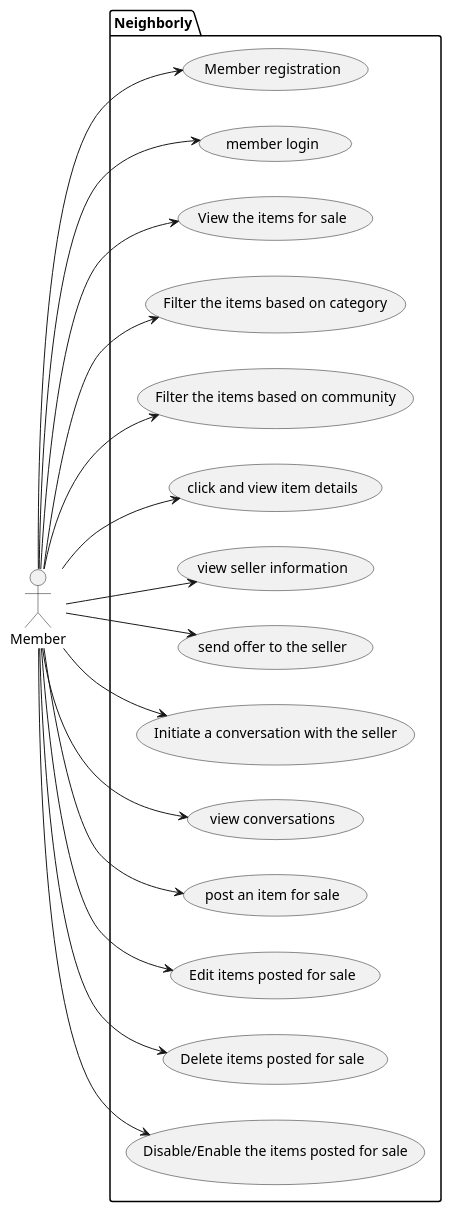
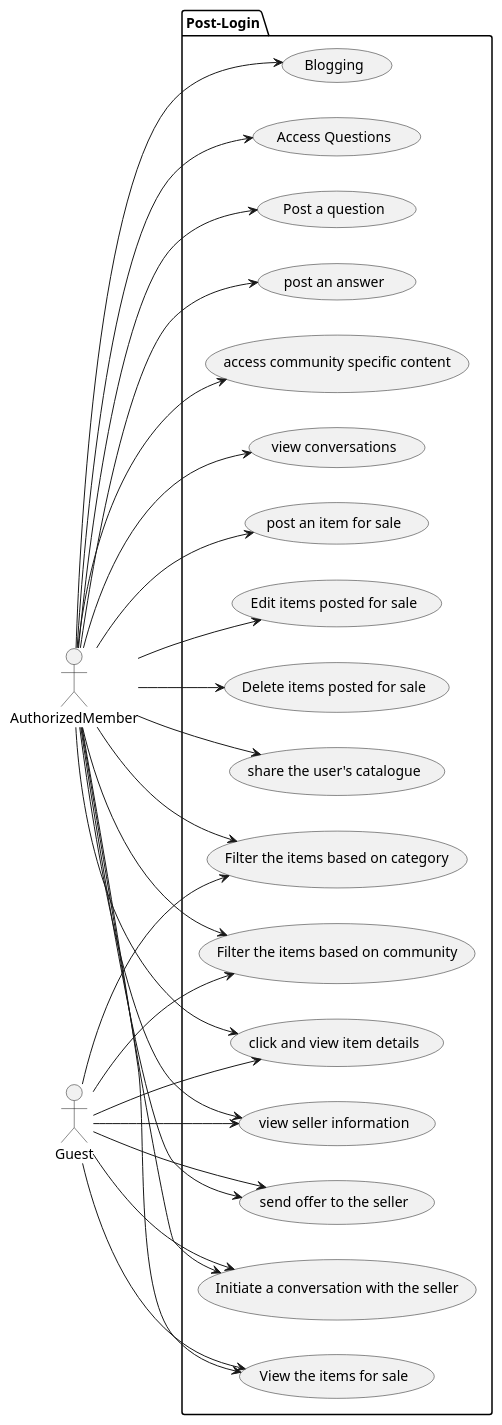
The second of 2 diagrams in design/member-usecase.puml (vamshikrishna1/neighbourly), drawn with PlantUML before and after one commit. The commit also changed other lines of this file and 2 other files, not shown here.

```diff
--- a/design/member-usecase.puml
+++ b/design/member-usecase.puml
@@ -1,36 +21,53 @@
-@startuml member-usecase
+@startuml member-post-login
 
 left to right direction
-actor Member as m
-package Neighborly {
- usecase "Member registration" as uc0
- usecase "member login" as uc1
+actor AuthorizedMember as m
+actor Guest as g
+package Post-Login {
  usecase "View the items for sale" as uc2
  usecase "Filter the items based on category" as uc3
  usecase "Filter the items based on community" as uc4
  usecase "click and view item details" as uc5
  usecase "view seller information" as uc6
  usecase "send offer to the seller" as uc7
  usecase "Initiate a conversation with the seller" as uc8
  usecase "view conversations" as uc9
  usecase "post an item for sale" as uc10
  usecase "Edit items posted for sale" as uc11
  usecase "Delete items posted for sale" as uc12
  usecase "Disable/Enable the items posted for sale" as uc13
+ usecase "share the user's catalogue" as uc13
+ usecase "Blogging" as uc14
+ usecase "Access Questions" as uc15
+ usecase "Post a question" as uc16
+ usecase "post an answer" as uc17
+ usecase "access community specific content" as uc18
 }
 
-m --> uc0
-m --> uc1
 m --> uc2
 m --> uc3
 m --> uc4
 m --> uc5
 m --> uc6
 m --> uc7
 m --> uc8
 m --> uc9
 m --> uc10
 m --> uc11
 m --> uc12
 m --> uc13
+m --> uc14
+m --> uc15
+m --> uc16
+m --> uc17
+m --> uc18
+
+g --> uc2
+g --> uc3
+g --> uc4
+g --> uc5
+g --> uc6
+g --> uc7
+g --> uc8
+
 @enduml
```
